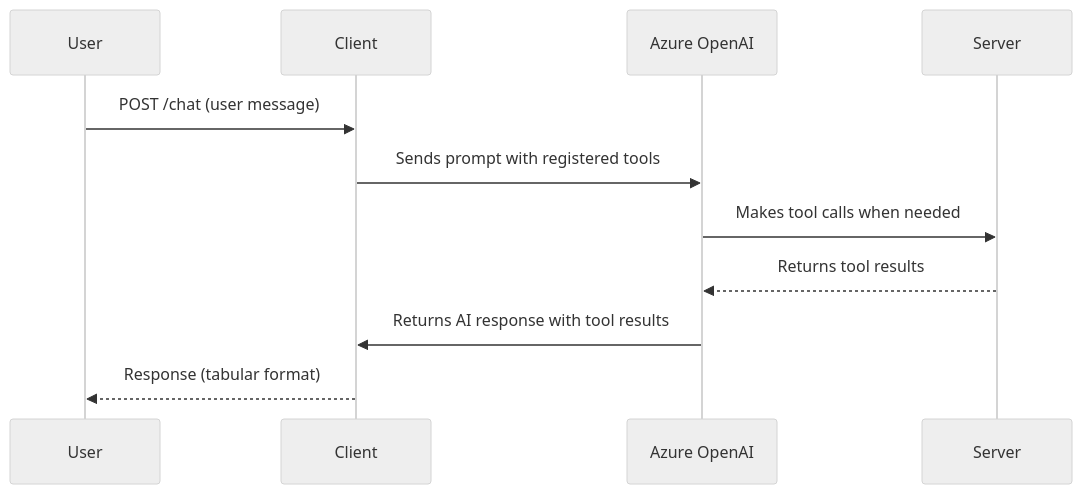
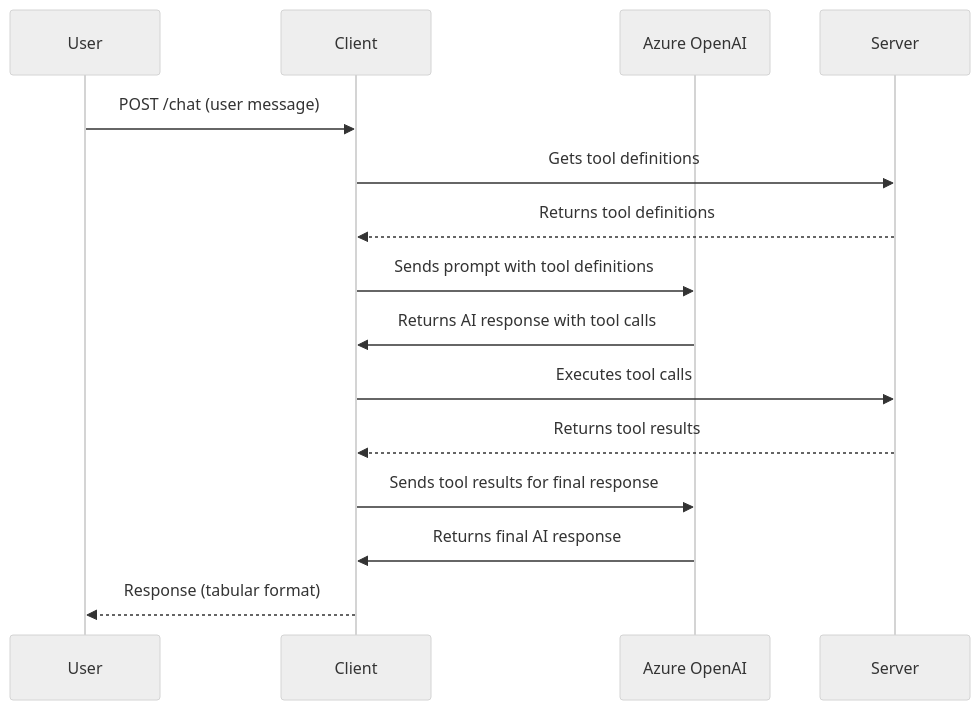
The first of 2 diagrams in README.md (sp1986sp/mcp-client-server-azure), drawn with Mermaid (neutral theme) before and after one commit.

Commit message:
Correcting Sequnce diagram

````diff
--- a/README.md
+++ b/README.md
@@ -70,13 +70,17 @@
 ```mermaid
 sequenceDiagram
     participant User
     participant Client
     participant AI as Azure OpenAI
     participant Server
     User->>Client: POST /chat (user message)
-    Client->>AI: Sends prompt with registered tools
-    AI->>Server: Makes tool calls when needed
-    Server-->>AI: Returns tool results
-    AI->>Client: Returns AI response with tool results
+    Client->>Server: Gets tool definitions
+    Server-->>Client: Returns tool definitions
+    Client->>AI: Sends prompt with tool definitions
+    AI->>Client: Returns AI response with tool calls
+    Client->>Server: Executes tool calls
+    Server-->>Client: Returns tool results
+    Client->>AI: Sends tool results for final response
+    AI->>Client: Returns final AI response
     Client-->>User: Response (tabular format)
 ```
````
